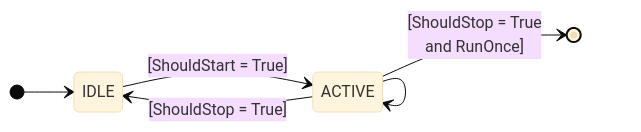
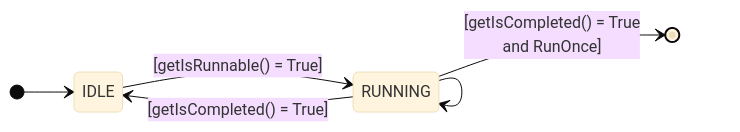
The diagram in docs/_pond/02b-features-commands.md (FTC-23206/.github), drawn with Mermaid (base theme) before and after one commit. The commit also changed other lines of this file and 6 other files, not shown here.

```diff
--- a/docs/_pond/02b-features-commands.md
+++ b/docs/_pond/02b-features-commands.md
@@ -22,9 +22,9 @@
 <div class="mermaid">
 stateDiagram-v2
     direction LR
     [*] --> IDLE
-    IDLE --> ACTIVE:[ShouldStart = True]
-    ACTIVE --> ACTIVE
-    ACTIVE --> IDLE: [ShouldStop = True]
-    ACTIVE --> [*]: [ShouldStop = True <br> and RunOnce]
+    IDLE --> RUNNING:[getIsRunnable() = True]
+    RUNNING --> RUNNING
+    RUNNING --> IDLE: [getIsCompleted() = True]
+    RUNNING --> [*]: [getIsCompleted() = True <br> and RunOnce]
 </div>
```
